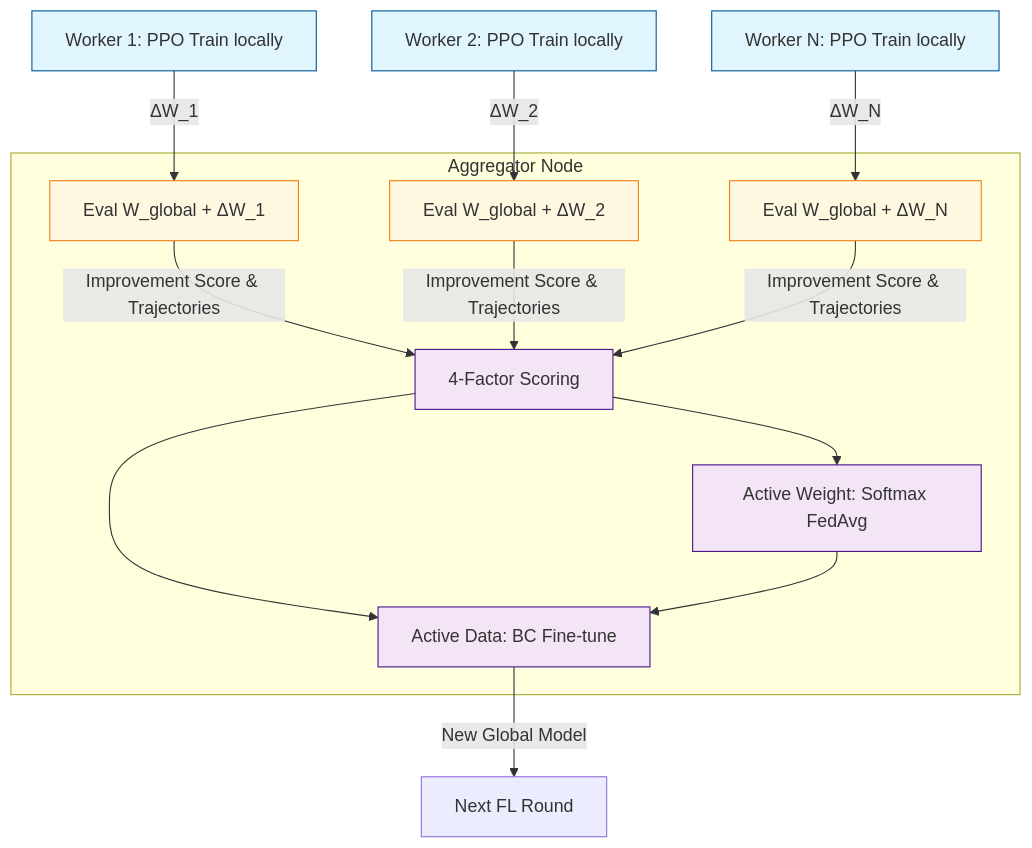
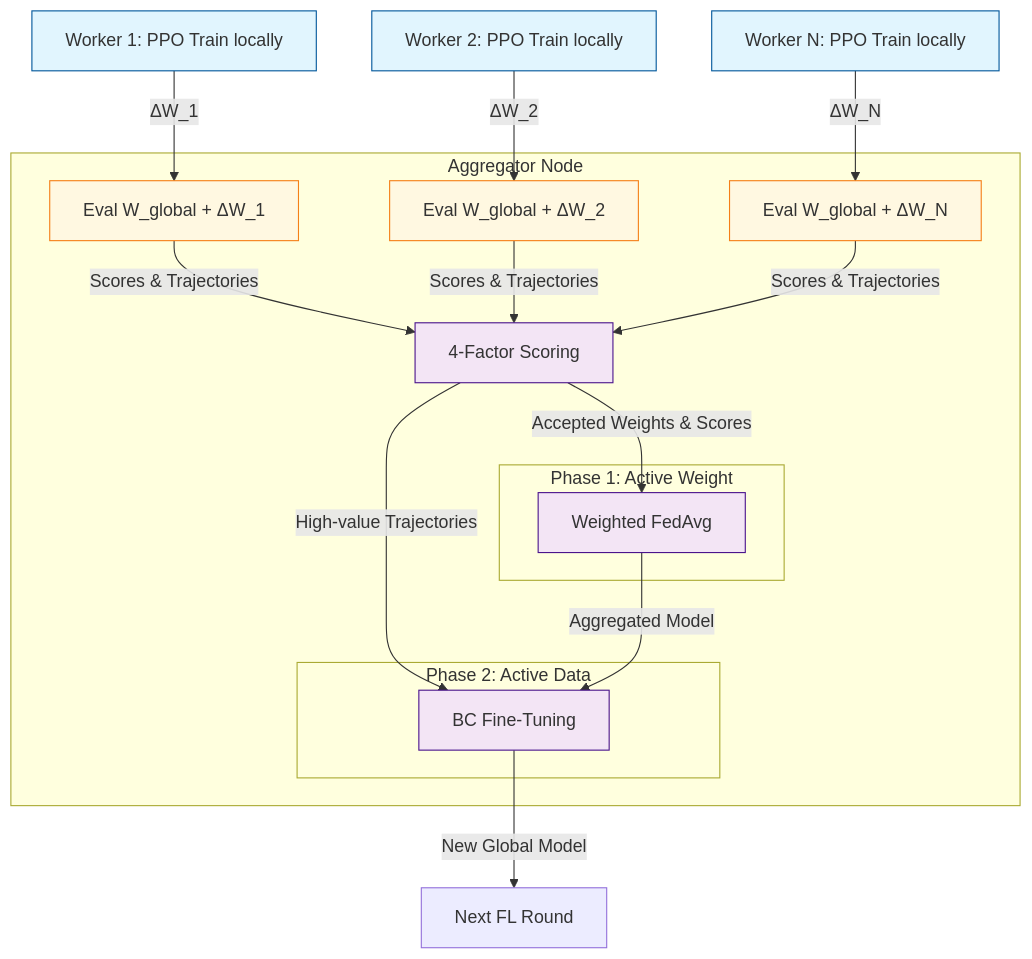
One commit to supat-roong/active-fed changed the diagram in README.md. Above: the diagram before and after it, drawn with Mermaid.

Commit message:
docs: clarify active weight vs active data in README architecture diagram

````diff
--- a/README.md
+++ b/README.md
@@ -41,33 +41,39 @@
 ```mermaid
 graph TD
     classDef worker fill:#e1f5fe,stroke:#01579b
     classDef agg fill:#f3e5f5,stroke:#4a148c
     classDef probe fill:#fff8e1,stroke:#f57f17
     
     W1[Worker 1: PPO Train locally]:::worker
     W2[Worker 2: PPO Train locally]:::worker
     WN[Worker N: PPO Train locally]:::worker
     
     subgraph Aggregator Node
         Probe1[Eval W_global + ΔW_1]:::probe
         Probe2[Eval W_global + ΔW_2]:::probe
         ProbeN[Eval W_global + ΔW_N]:::probe
         
         Score[4-Factor Scoring]:::agg
-        AW[Active Weight: Softmax FedAvg]:::agg
-        AD[Active Data: BC Fine-tune]:::agg
+        
+        subgraph Phase 1: Active Weight
+            AW[Weighted FedAvg]:::agg
+        end
+        
+        subgraph Phase 2: Active Data
+            AD[BC Fine-Tuning]:::agg
+        end
     end
     
     W1 -->|ΔW_1| Probe1
     W2 -->|ΔW_2| Probe2
     WN -->|ΔW_N| ProbeN
     
-    Probe1 -->|Improvement Score & Trajectories| Score
-    Probe2 -->|Improvement Score & Trajectories| Score
-    ProbeN -->|Improvement Score & Trajectories| Score
+    Probe1 -->|Scores & Trajectories| Score
+    Probe2 -->|Scores & Trajectories| Score
+    ProbeN -->|Scores & Trajectories| Score
     
-    Score --> AW
-    Score --> AD
-    AW --> AD
+    Score -->|Accepted Weights & Scores| AW
+    Score -->|High-value Trajectories| AD
+    AW -->|Aggregated Model| AD
     AD -->|New Global Model| NextRound[Next FL Round]
 ```
````
